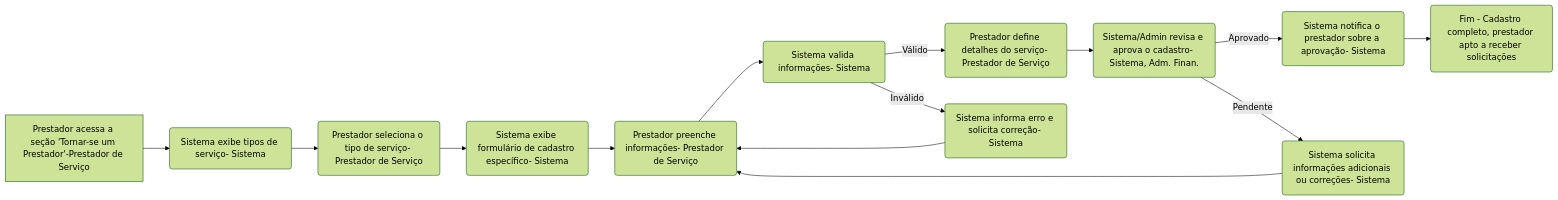
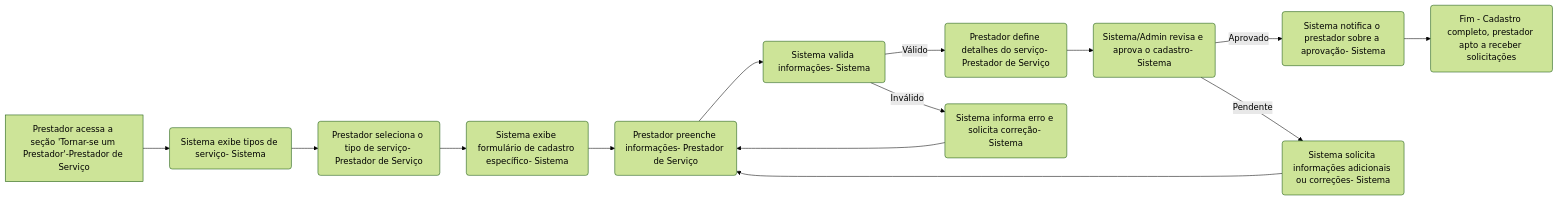
Before and after one commit to z0mer/PJ.PSC: the second of 11 diagrams in Modelagem.md, drawn with Mermaid (forest theme). The commit also changed other lines of this file, not shown here.

````diff
--- a/Modelagem.md
+++ b/Modelagem.md
@@ -33,16 +32,16 @@
 ```mermaid
 graph LR
     A[Prestador acessa a seção 'Tornar-se um Prestador'-Prestador de Serviço] --> B(Sistema exibe tipos de serviço- Sistema)
     B --> C(Prestador seleciona o tipo de serviço- Prestador de Serviço)
     C --> D(Sistema exibe formulário de cadastro específico- Sistema)
     D --> E(Prestador preenche informações- Prestador de Serviço)
     E --> F(Sistema valida informações- Sistema)
     F -- Válido --> G(Prestador define detalhes do serviço- Prestador de Serviço)
-    G --> H(Sistema/Admin revisa e aprova o cadastro- Sistema, Adm. Finan.)
+    G --> H(Sistema/Admin revisa e aprova o cadastro- Sistema)
     H -- Aprovado --> I(Sistema notifica o prestador sobre a aprovação- Sistema)
     I --> J(Fim - Cadastro completo, prestador apto a receber solicitações)
     H -- Pendente --> K(Sistema solicita informações adicionais ou correções- Sistema)
     K --> E
     F -- Inválido --> L(Sistema informa erro e solicita correção- Sistema)
     L --> E
 ```
````
